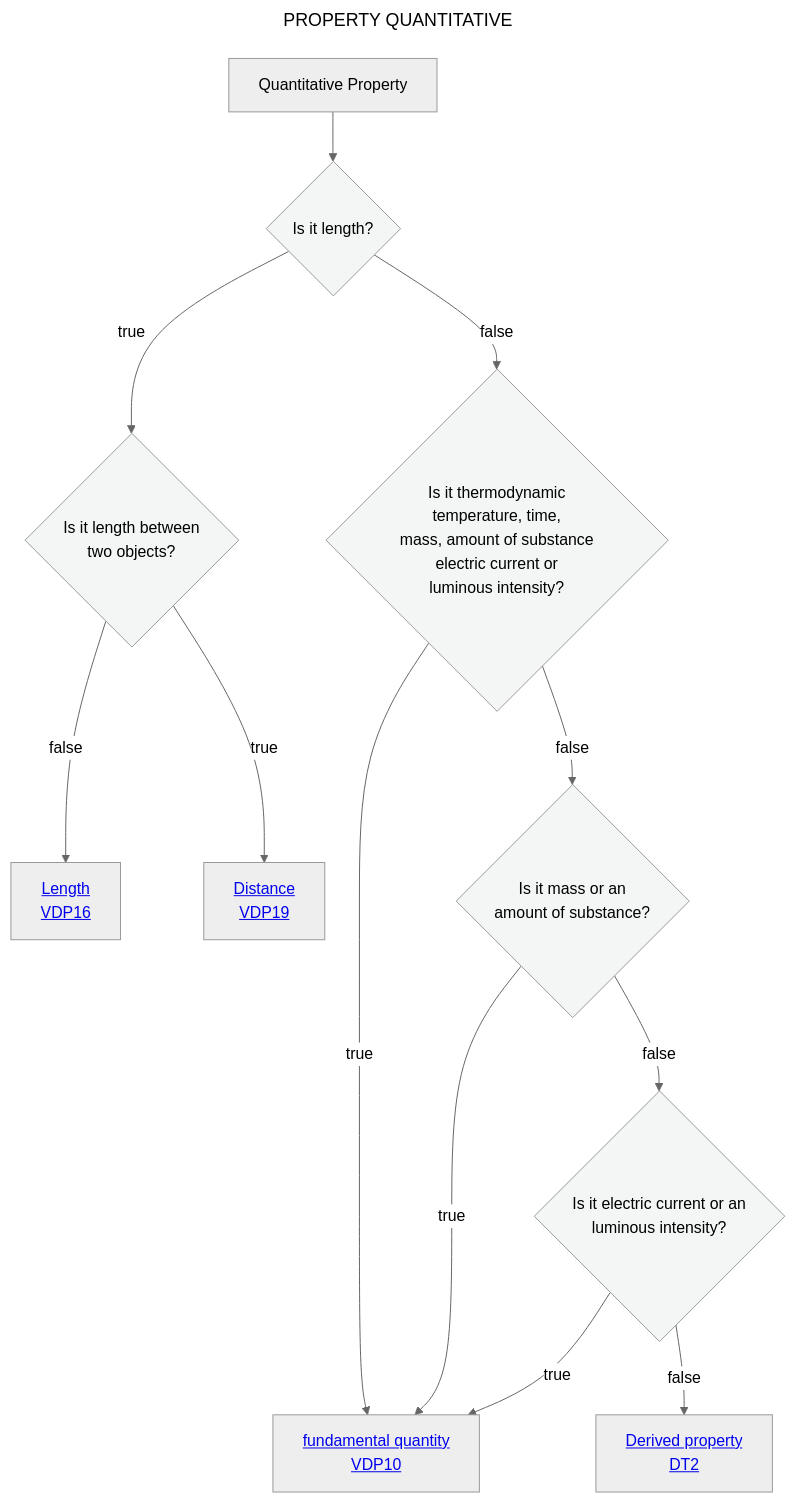
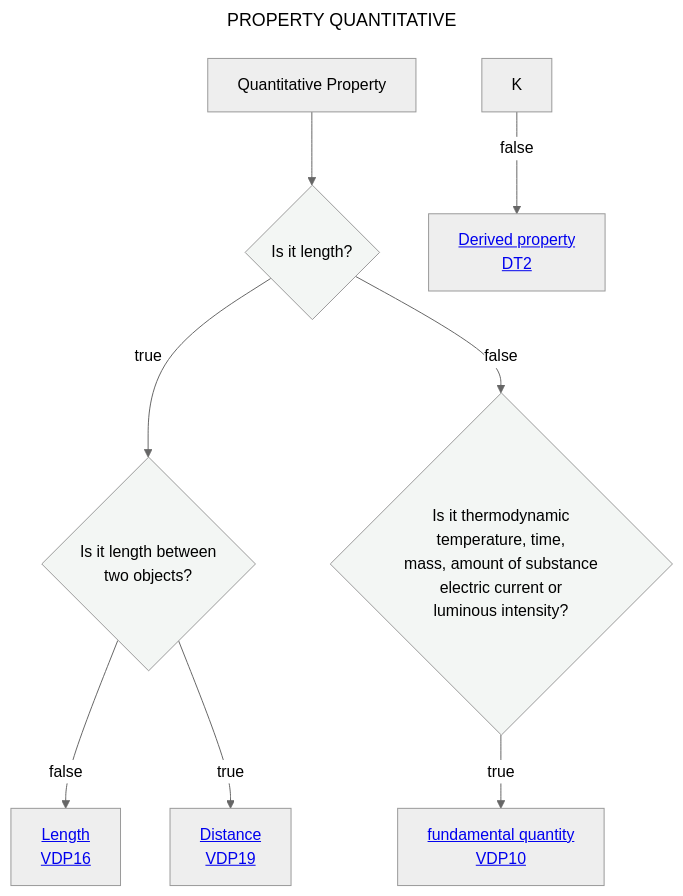
Before and after one commit to mabablue/I-ADOPT-patterns-playground: the diagram in Decisition_trees/DT1.mmd, drawn with Mermaid (neutral theme).

```diff
--- a/Decisition_trees/DT1.mmd
+++ b/Decisition_trees/DT1.mmd
@@ -1,19 +1,15 @@
 ---
 title: PROPERTY QUANTITATIVE
 ---
 flowchart TD
     A[Quantitative Property] --> C{Is it length?}:::white
     C --> |true|E{Is it length between <br> two objects?}:::white
     C --> |false|F{Is it thermodynamic <br> temperature, time,  <br> mass, amount of substance <br> electric current or <br> luminous intensity?}:::white
     F --> |true|G[<a href='https://github.com/mabablue/I-ADOPT-patterns-playground/blob/main/pattern/VDP10.yaml'>fundamental quantity <br> VDP10</a>] 
-    F --> |false|H{Is it mass or an <br> amount of substance?}:::white
-    H --> |true|G
-    H --> |false|K{Is it electric current or an <br> luminous intensity?}:::white
-    K --> |true|G
     K --> |false|M[<a href='https://github.com/mabablue/I-ADOPT-patterns-playground/blob/main/Decisition_trees/DT2.mmd'>Derived property <br> DT2</a>] 
     E --> |false|N[<a href='https://github.com/mabablue/I-ADOPT-patterns-playground/blob/main/pattern/VDP16.yaml'>Length <br> VDP16</a>] 
     E --> |true|O[<a href='https://github.com/mabablue/I-ADOPT-patterns-playground/blob/main/pattern/VDP19.yaml'>Distance <br> VDP19</a>] 
    classDef blue fill:#90D5FF
    classDef satblue fill:#57B9FF 
    classDef white fill:#f3f6f4
    classDef green fill:#6aa84f
```
